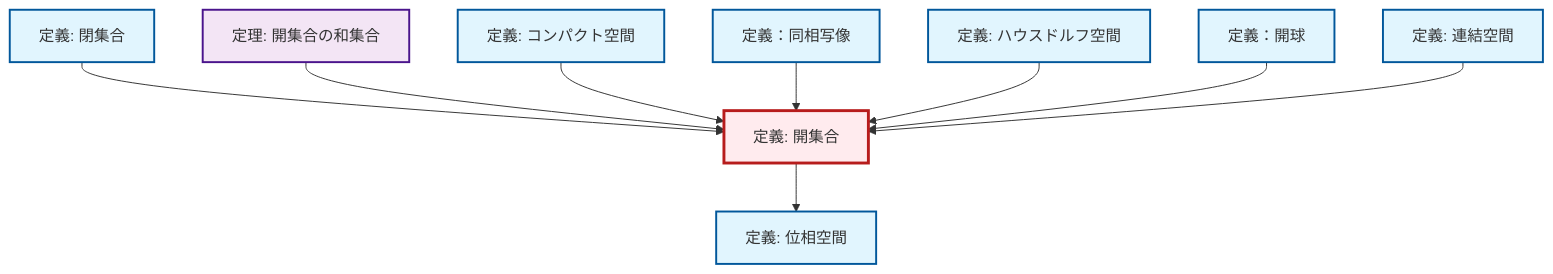
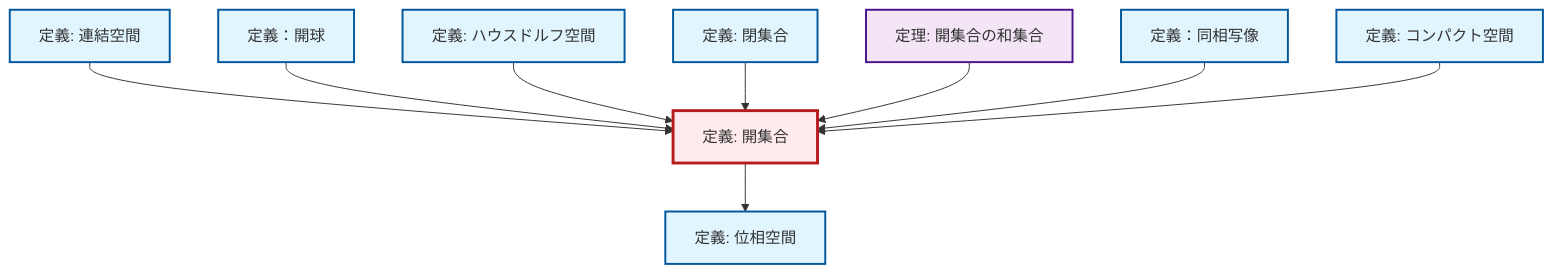
Before and after one commit to RK0429/ModernMath: the diagram in content/ja/topology/def-open-set.qmd, drawn with Mermaid. The commit also changed other lines of this file and 1012 other files, not shown here.

````diff
--- a/content/ja/topology/def-open-set.qmd
+++ b/content/ja/topology/def-open-set.qmd
@@ -55,35 +55,35 @@
 ```{mermaid}
 %%| fig-cap: "Local dependency graph"
 graph TD
     classDef definition fill:#e1f5fe,stroke:#01579b,stroke-width:2px
     classDef theorem fill:#f3e5f5,stroke:#4a148c,stroke-width:2px
     classDef axiom fill:#fff3e0,stroke:#e65100,stroke-width:2px
     classDef example fill:#e8f5e9,stroke:#1b5e20,stroke-width:2px
     classDef current fill:#ffebee,stroke:#b71c1c,stroke-width:3px
+    def-connected["定義: 連結空間"]:::definition
+    def-open-set["定義: 開集合"]:::definition
     def-homeomorphism["定義：同相写像"]:::definition
-    def-connected["定義: 連結空間"]:::definition
+    def-open-ball["定義：開球"]:::definition
+    thm-union-open-sets["定理: 開集合の和集合"]:::theorem
+    def-topological-space["定義: 位相空間"]:::definition
+    def-compact["定義: コンパクト空間"]:::definition
+    def-closed-set["定義: 閉集合"]:::definition
     def-hausdorff["定義: ハウスドルフ空間"]:::definition
-    def-open-set["定義: 開集合"]:::definition
-    def-topological-space["定義: 位相空間"]:::definition
-    thm-union-open-sets["定理: 開集合の和集合"]:::theorem
-    def-closed-set["定義: 閉集合"]:::definition
-    def-open-ball["定義：開球"]:::definition
-    def-compact["定義: コンパクト空間"]:::definition
+    def-connected --> def-open-set
+    def-open-ball --> def-open-set
+    def-hausdorff --> def-open-set
+    def-open-set --> def-topological-space
     def-closed-set --> def-open-set
     thm-union-open-sets --> def-open-set
+    def-homeomorphism --> def-open-set
     def-compact --> def-open-set
-    def-homeomorphism --> def-open-set
-    def-hausdorff --> def-open-set
-    def-open-ball --> def-open-set
-    def-connected --> def-open-set
-    def-open-set --> def-topological-space
     class def-open-set current
+    click def-connected "def-connected.html" "連結空間の定義へ"
     click def-homeomorphism "def-homeomorphism.html" "定義：同相写像へ"
-    click def-connected "def-connected.html" "連結空間の定義へ"
+    click def-open-ball "def-open-ball.html" "定義：開球へ"
+    click thm-union-open-sets "thm-union-open-sets.html" "開集合の和集合の定理へ"
+    click def-topological-space "def-topological-space.html" "位相空間の定義へ"
+    click def-compact "def-compact.html" "コンパクト空間の定義へ"
+    click def-closed-set "def-closed-set.html" "閉集合の定義へ"
     click def-hausdorff "def-hausdorff.html" "ハウスドルフ空間の定義へ"
-    click def-topological-space "def-topological-space.html" "位相空間の定義へ"
-    click thm-union-open-sets "thm-union-open-sets.html" "開集合の和集合の定理へ"
-    click def-closed-set "def-closed-set.html" "閉集合の定義へ"
-    click def-open-ball "def-open-ball.html" "定義：開球へ"
-    click def-compact "def-compact.html" "コンパクト空間の定義へ"
 ```
````
